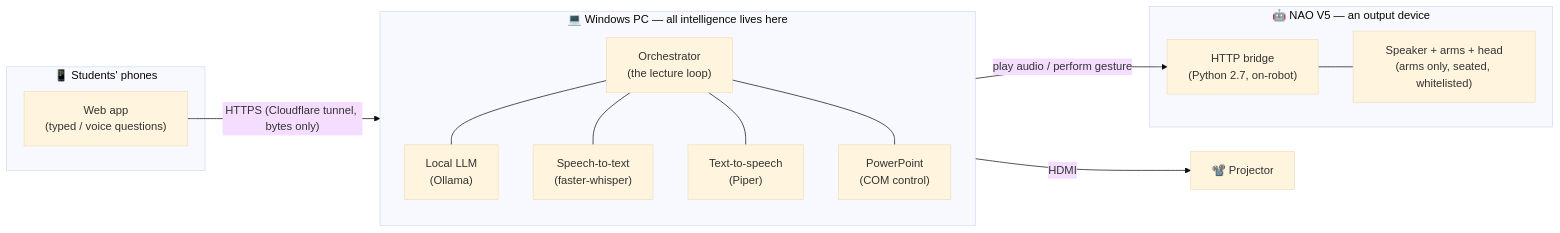
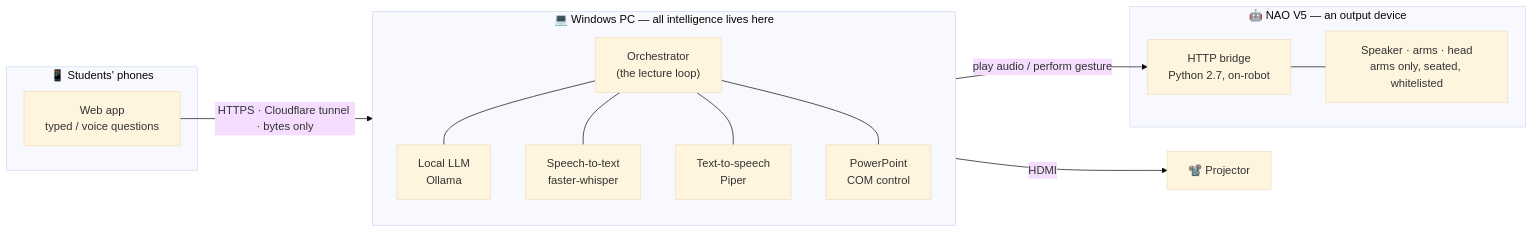
One commit to michael-naf/NAO-Sensei changed the first of 2 diagrams in README.md. Above: the diagram before and after it, drawn with Mermaid (base theme). The commit also changed other lines of this file, not shown here.

First line of the commit message:
Polish README: hero, quick-start, and an end-to-end question diagram

````diff
--- a/README.md
+++ b/README.md
@@ -87,26 +115,26 @@
 ```mermaid
 flowchart LR
     subgraph Phones["📱 Students' phones"]
-        S["Web app<br/>(typed / voice questions)"]
+        S["Web app<br/>typed / voice questions"]
     end
 
     subgraph PC["💻 Windows PC — all intelligence lives here"]
         direction TB
         ORCH["Orchestrator<br/>(the lecture loop)"]
-        LLM["Local LLM<br/>(Ollama)"]
-        STT["Speech-to-text<br/>(faster-whisper)"]
-        TTS["Text-to-speech<br/>(Piper)"]
-        PPTX["PowerPoint<br/>(COM control)"]
+        LLM["Local LLM<br/>Ollama"]
+        STT["Speech-to-text<br/>faster-whisper"]
+        TTS["Text-to-speech<br/>Piper"]
+        PPTX["PowerPoint<br/>COM control"]
         ORCH --- LLM & STT & TTS & PPTX
     end
 
     subgraph Robot["🤖 NAO V5 — an output device"]
-        BR["HTTP bridge<br/>(Python 2.7, on-robot)"]
-        BODY["Speaker + arms + head<br/>(arms only, seated, whitelisted)"]
+        BR["HTTP bridge<br/>Python 2.7, on-robot"]
+        BODY["Speaker · arms · head<br/>arms only, seated, whitelisted"]
         BR --- BODY
     end
 
-    S -->|"HTTPS (Cloudflare tunnel, bytes only)"| ORCH
+    S -->|"HTTPS · Cloudflare tunnel · bytes only"| ORCH
     ORCH -->|"play audio / perform gesture"| BR
     PPTX -->|"HDMI"| PROJ["📽️ Projector"]
 ```
````
